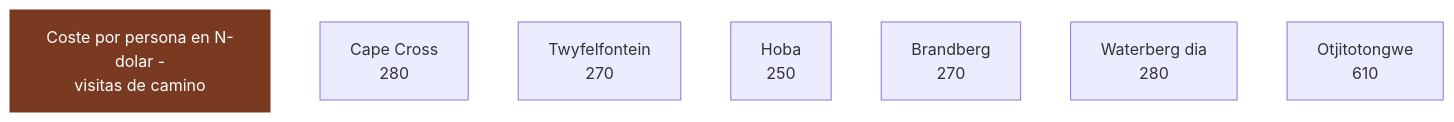
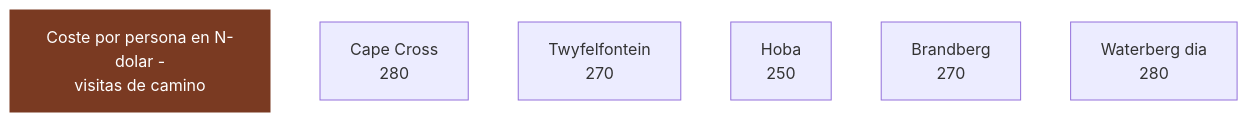
The second of 2 diagrams in 11-entradas-y-permisos.md (morandeirachema/namibia), drawn with Mermaid before and after one commit. The commit also changed other lines of this file and 11 other files, not shown here.

````diff
--- a/11-entradas-y-permisos.md
+++ b/11-entradas-y-permisos.md
@@ -338,17 +337,15 @@
 ```mermaid
 flowchart LR
     T["Coste por persona en N-dolar -<br/>visitas de camino"]
     n0["Cape Cross<br/>280"]
     nT["Twyfelfontein<br/>270"]
     n1["Hoba<br/>250"]
     n2["Brandberg<br/>270"]
     n3["Waterberg dia<br/>280"]
-    n4["Otjitotongwe<br/>610"]
     T ~~~ n0
     n0 ~~~ nT
     nT ~~~ n1
     n1 ~~~ n2
     n2 ~~~ n3
-    n3 ~~~ n4
     style T fill:#7a3a22,color:#fff,stroke:#7a3a22
 ```
````
